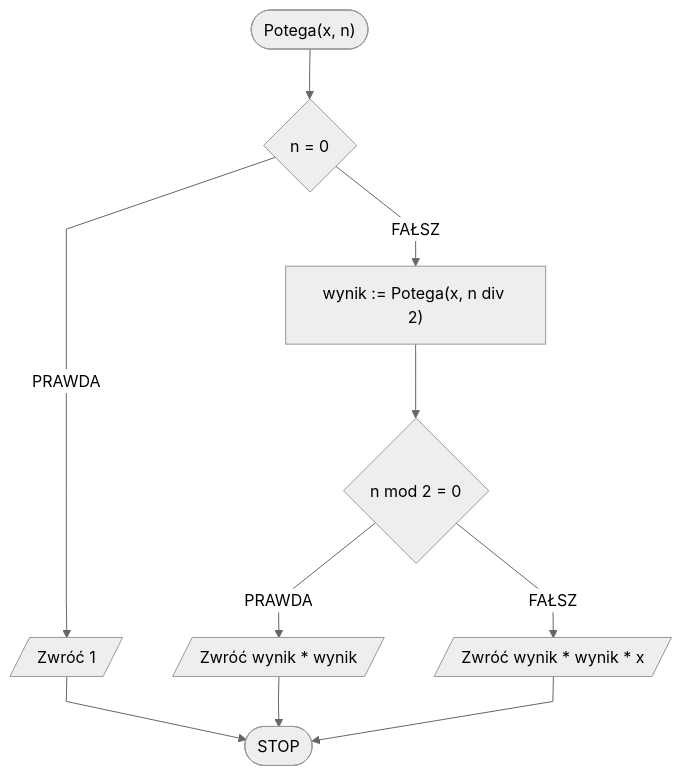
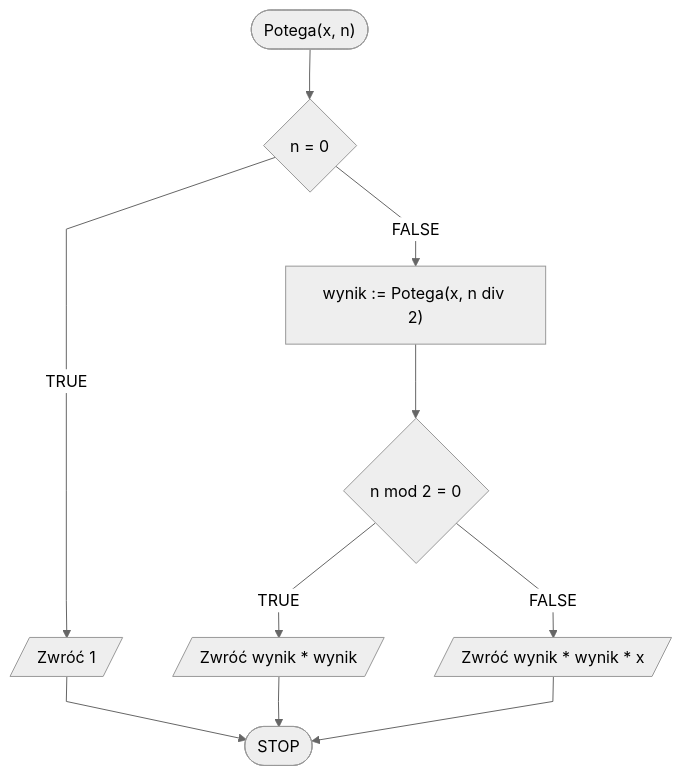
One commit to blackbat13/edu-cs-htiew-en changed the second of 2 diagrams in docs/algorithms/numerical-methods/fast-exp.md. Above: the diagram before and after it, drawn with Mermaid. The commit also changed other lines of this file and 682 other files, not shown here.

````diff
--- a/docs/algorithms/numerical-methods/fast-exp.md
+++ b/docs/algorithms/numerical-methods/fast-exp.md
@@ -121,13 +121,13 @@
 ```mermaid
 %%{init: {"flowchart": {"curve": "linear"}, "theme": "neutral"} }%%
 flowchart TD
 	START(["Potega(x, n)"]) --> K1{n = 0}
-	K1 -- PRAWDA --> K2[/Zwróć 1/]
-	K1 -- FAŁSZ --> K3["wynik := Potega(x, n div 2)"]
+	K1 -- TRUE --> K2[/Zwróć 1/]
+	K1 -- FALSE --> K3["wynik := Potega(x, n div 2)"]
 	K2 --> STOP
 	K3 --> K4{n mod 2 = 0}
-	K4 -- PRAWDA --> K5[/Zwróć wynik * wynik/]
-	K4 -- FAŁSZ --> K7[/Zwróć wynik * wynik * x/]
+	K4 -- TRUE --> K5[/Zwróć wynik * wynik/]
+	K4 -- FALSE --> K7[/Zwróć wynik * wynik * x/]
 	K5 --> STOP([STOP])
 	K7 --> STOP
 ```
````
